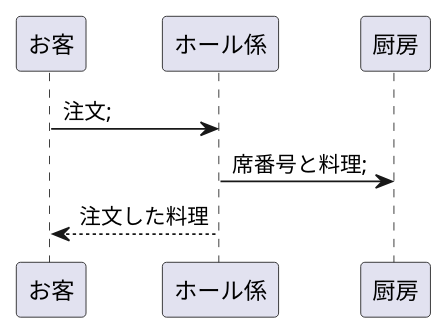
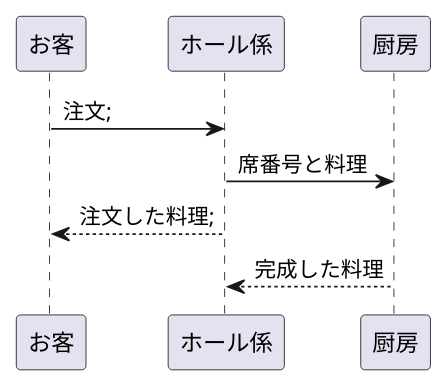
One commit to Aso2001170/2021sys-design changed the diagram in kadai2.md. Above: the diagram before and after it, drawn with PlantUML.

````diff
--- a/kadai2.md
+++ b/kadai2.md
@@ -1,8 +1,9 @@
 ```uml
 @startuml
 お客 -> ホール係:注文;
-ホール係 -> 厨房:席番号と料理;
+ホール係 -> 厨房:席番号と料理
 
-お客 <-- ホール係:注文した料理
+お客 <-- ホール係:注文した料理;
+ホール係 <--厨房:完成した料理
 @enduml
 ```
````
